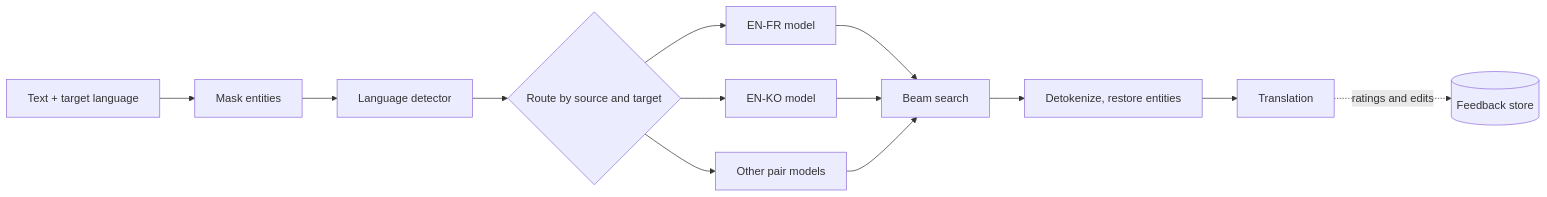
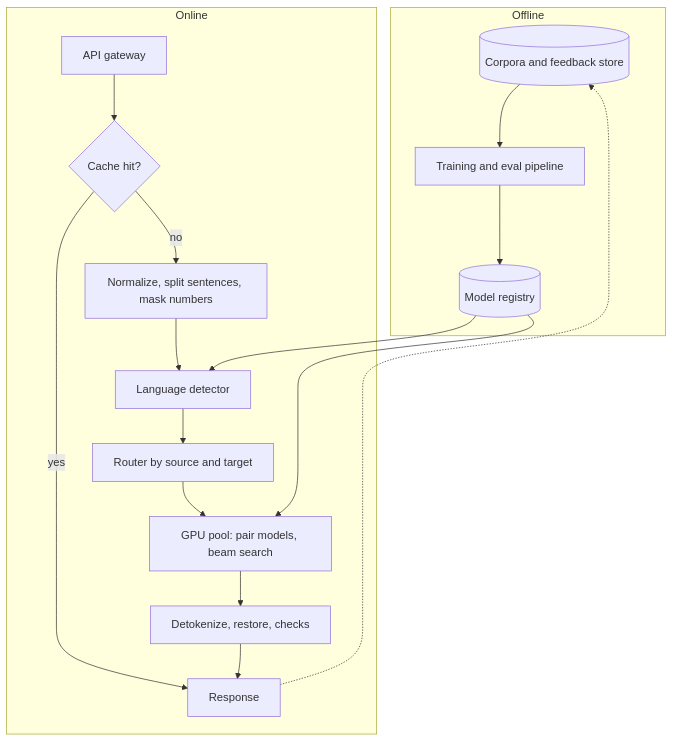
One commit to johklo/johklo.github.io changed the fourth of 5 diagrams in content/docs/tech/generative-ai-system-design-interview/03-google-translate.md. Above: the diagram before and after it, drawn with Mermaid. The commit also changed other lines of this file and 10 other files, not shown here.

````diff
--- a/content/docs/tech/generative-ai-system-design-interview/03-google-translate.md
+++ b/content/docs/tech/generative-ai-system-design-interview/03-google-translate.md
@@ -61,17 +280,22 @@
 ```mermaid
-flowchart LR
-  accTitle: Translation service request flow
-  accDescr: User text has named entities masked, then goes to an encoder-only language detector. The detected source and requested target select a pair-specific encoder-decoder model, which runs beam search. Tokens are converted back to text, entities restored, and the translation returned. Ratings and edits are logged for later finetuning.
-  U[Text + target language] --> NE[Mask entities]
-  NE --> LD[Language detector]
-  LD --> R{Route by source and target}
-  R --> M1[EN-FR model]
-  R --> M2[EN-KO model]
-  R --> M3[Other pair models]
-  M1 --> B[Beam search]
-  M2 --> B
-  M3 --> B
-  B --> D[Detokenize, restore entities]
-  D --> O[Translation]
-  O -. ratings and edits .-> FB[(Feedback store)]
+flowchart TB
+  accTitle: End-to-end translation architecture
+  accDescr: Offline, data and training pipelines produce a language detector and pair models in a model registry. Online, the gateway checks a cache, then preprocesses, detects language, routes to the right pair model on a GPU pool for beam search, and postprocesses with entity restoration and checks. Feedback flows back to the offline store.
+  subgraph Offline
+    DATA[("Corpora and feedback store")] --> TRAIN["Training and eval pipeline"]
+    TRAIN --> REG[("Model registry")]
+  end
+  subgraph Online
+    API["API gateway"] --> CACHE{"Cache hit?"}
+    CACHE -- yes --> OUT["Response"]
+    CACHE -- no --> PRE["Normalize, split sentences, mask numbers"]
+    PRE --> LID["Language detector"]
+    LID --> ROUTE["Router by source and target"]
+    ROUTE --> POOL["GPU pool: pair models, beam search"]
+    POOL --> POST["Detokenize, restore, checks"]
+    POST --> OUT
+  end
+  REG --> LID
+  REG --> POOL
+  OUT -.-> DATA
 ```
````
